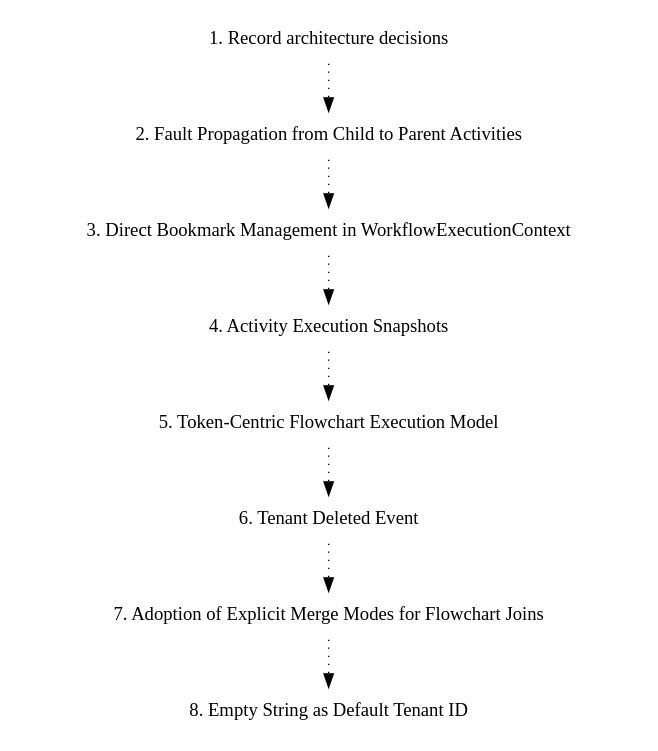
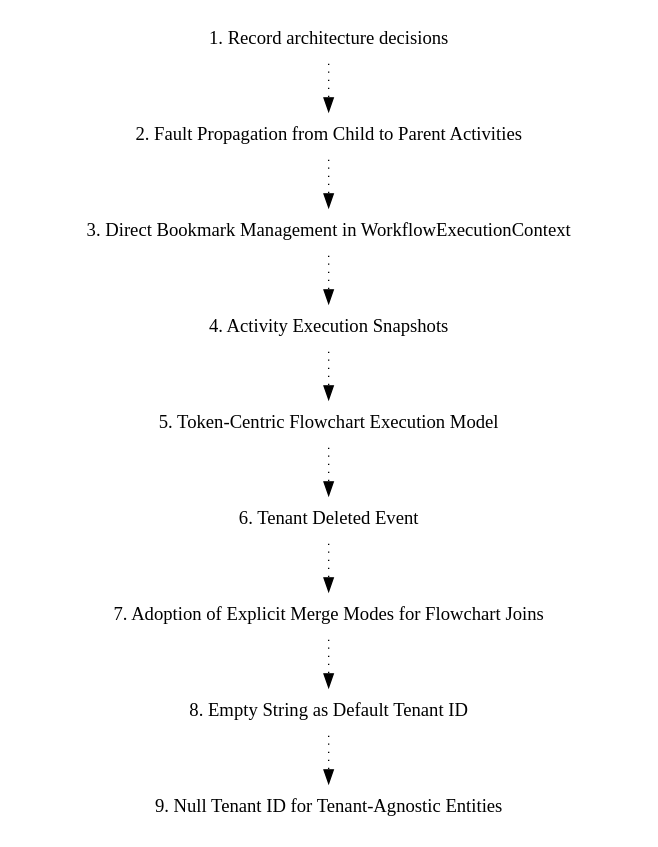
One commit to elsa-workflows/elsa-core changed the diagram in doc/adr/graph.dot. Above: the diagram before and after it, drawn with Graphviz. The commit also changed 16 other files, not shown here.

First line of the commit message:
Add ADR for Null Tenant ID, implement tenant-agnostic logic

```diff
--- a/doc/adr/graph.dot
+++ b/doc/adr/graph.dot
@@ -1,20 +1,22 @@
 digraph {
-node [shape=plaintext];
-subgraph {
-_1 [label="1. Record architecture decisions"; URL="0001-record-architecture-decisions.html"];
-_2 [label="2. Fault Propagation from Child to Parent Activities"; URL="0002-fault-propagation-from-child-to-parent-activities.html"];
-_1 -> _2 [style="dotted", weight=1];
-_3 [label="3. Direct Bookmark Management in WorkflowExecutionContext"; URL="0003-direct-bookmark-management-in-workflowexecutioncontext.html"];
-_2 -> _3 [style="dotted", weight=1];
-_4 [label="4. Activity Execution Snapshots"; URL="0004-activity-execution-snapshots.html"];
-_3 -> _4 [style="dotted", weight=1];
-_5 [label="5. Token-Centric Flowchart Execution Model"; URL="0005-token-centric-flowchart-execution-model.html"];
-_4 -> _5 [style="dotted", weight=1];
-_6 [label="6. Tenant Deleted Event"; URL="0006-tenant-deleted-event.html"];
-_5 -> _6 [style="dotted", weight=1];
-_7 [label="7. Adoption of Explicit Merge Modes for Flowchart Joins"; URL="0007-adoption-of-explicit-merge-modes-for-flowchart-joins.html"];
-_6 -> _7 [style="dotted", weight=1];
-_8 [label="8. Empty String as Default Tenant ID"; URL="0008-empty-string-as-default-tenant-id.html"];
-_7 -> _8 [style="dotted", weight=1];
+  node [shape=plaintext];
+  subgraph {
+    _1 [label="1. Record architecture decisions"; URL="0001-record-architecture-decisions.html"];
+    _2 [label="2. Fault Propagation from Child to Parent Activities"; URL="0002-fault-propagation-from-child-to-parent-activities.html"];
+    _1 -> _2 [style="dotted", weight=1];
+    _3 [label="3. Direct Bookmark Management in WorkflowExecutionContext"; URL="0003-direct-bookmark-management-in-workflowexecutioncontext.html"];
+    _2 -> _3 [style="dotted", weight=1];
+    _4 [label="4. Activity Execution Snapshots"; URL="0004-activity-execution-snapshots.html"];
+    _3 -> _4 [style="dotted", weight=1];
+    _5 [label="5. Token-Centric Flowchart Execution Model"; URL="0005-token-centric-flowchart-execution-model.html"];
+    _4 -> _5 [style="dotted", weight=1];
+    _6 [label="6. Tenant Deleted Event"; URL="0006-tenant-deleted-event.html"];
+    _5 -> _6 [style="dotted", weight=1];
+    _7 [label="7. Adoption of Explicit Merge Modes for Flowchart Joins"; URL="0007-adoption-of-explicit-merge-modes-for-flowchart-joins.html"];
+    _6 -> _7 [style="dotted", weight=1];
+    _8 [label="8. Empty String as Default Tenant ID"; URL="0008-empty-string-as-default-tenant-id.html"];
+    _7 -> _8 [style="dotted", weight=1];
+    _9 [label="9. Null Tenant ID for Tenant-Agnostic Entities"; URL="0009-null-tenant-id-for-tenant-agnostic-entities.html"];
+    _8 -> _9 [style="dotted", weight=1];
+  }
 }
-}
```
